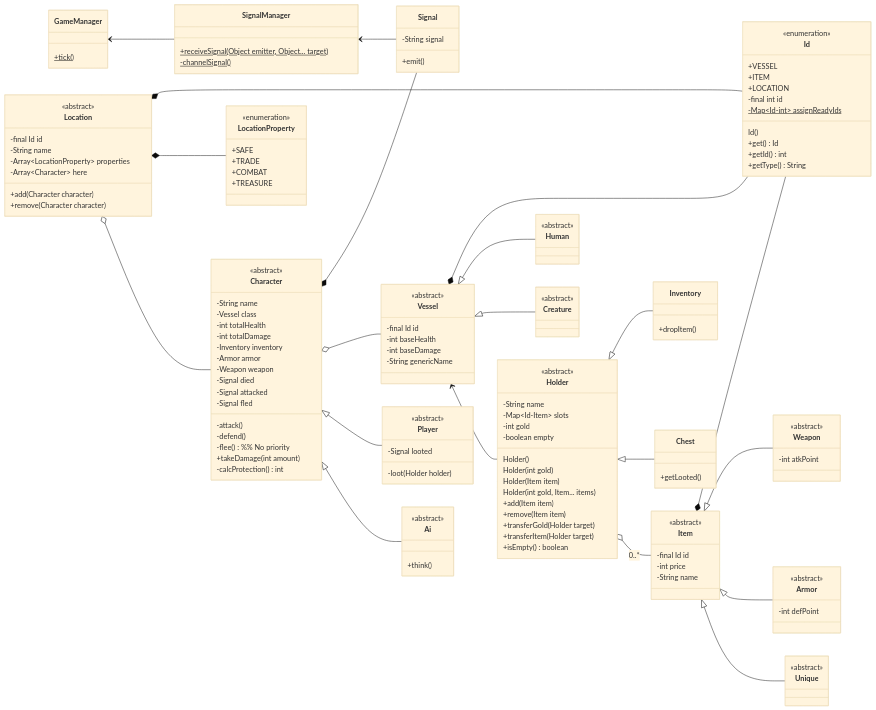
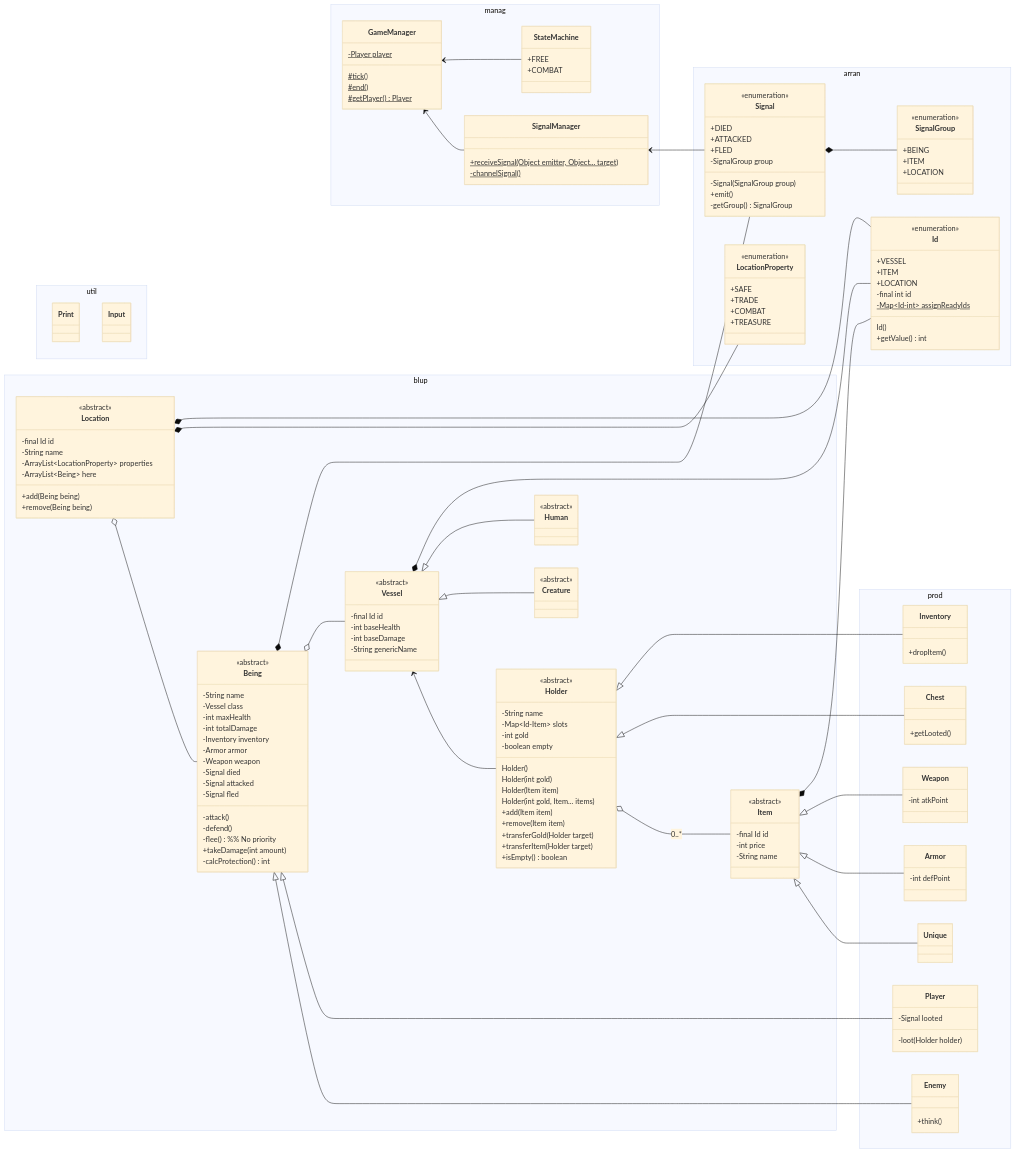
One commit to gokdenizozkan/patika-plus changed the first of 11 diagrams in src/patikaplus/week4/nighter/readme.md. Above: the diagram before and after it, drawn with Mermaid (base theme). The commit also changed other lines of this file and 1 other file, not shown here.

Commit message:
updated readme.md, added Id.java

````diff
--- a/src/patikaplus/week4/nighter/readme.md
+++ b/src/patikaplus/week4/nighter/readme.md
@@ -5,18 +5,22 @@
 ```mermaid
 classDiagram
     direction LR
+    GameManager <-- StateMachine
     GameManager <-- SignalManager
     SignalManager <-- Signal
     
-    %%Character <-- SignalManager
-    Character *-- Signal
-    Character o-- Vessel
+    Signal *-- SignalGroup
+    
+    %%Being <-- SignalManager
+    Being *-- Signal
+    Being o-- Vessel
+    Being <|-- Player
+    Being <|-- Enemy
 
     Vessel *-- Id
     Vessel <|-- Human
     Vessel <|-- Creature
     Vessel <-- Holder
-    
     
     %%Holder <-- SignalManager
     Holder <|-- Inventory
@@ -31,159 +35,190 @@
     %%Location <-- SignalManager
     Location *-- Id
     Location *-- LocationProperty
-    Location o--Character
+    Location o--Being
 
-    class SignalManager {
-        +receiveSignal(Object emitter, Object... target) $
-        -channelSignal() $
+    namespace util {
+        class Print {
+            
+        }
+        
+        class Input {
+            
+        }
+    }
+    
+    namespace manag {
+        class SignalManager {
+            +receiveSignal(Object emitter, Object... target) $
+            -channelSignal() $
+        }
+
+        class GameManager {
+            -Player player $
+            
+            #tick() $
+            #end() $
+            #getPlayer() Player $
+        }
+        
+        class StateMachine {
+            +FREE
+            +COMBAT
+        }
+    }
+    
+    namespace arran {
+        class Id {
+            <<enumeration>>
+            +VESSEL
+            +ITEM
+            +LOCATION
+
+            -final int id
+            -Map~Id-int~ assignReadyIds $
+
+            Id()
+            +getValue() int
+        }
+
+        class LocationProperty {
+            <<enumeration>>
+            +SAFE
+            +TRADE
+            +COMBAT
+            +TREASURE
+        }
+
+        class Signal {
+            <<enumeration>>
+            +DIED
+            +ATTACKED
+            +FLED
+
+            -SignalGroup group
+
+            -Signal(SignalGroup group)
+            +emit()
+            -getGroup() SignalGroup
+        }
+
+        class SignalGroup {
+            <<enumeration>>
+            +BEING
+            +ITEM
+            +LOCATION
+        }
     }
 
-    class Signal {
-        -String signal
-        +emit()
+    namespace blup {
+        class Being {
+            <<abstract>>
+            -String name
+            -Vessel class
+            -int maxHealth
+            -int totalDamage
+            -Inventory inventory
+            -Armor armor
+            -Weapon weapon
+
+            -Signal died
+            -Signal attacked
+            -Signal fled
+
+        %% Actions
+            -attack()
+            -defend()
+            -flee() %% No priority
+        %% Reactions
+            +takeDamage(int amount)
+            -calcProtection() int
+        }
+
+        class Vessel {
+            <<abstract>>
+            -final Id id
+            -int baseHealth
+            -int baseDamage
+            -String genericName
+        }
+
+        class Human {
+            <<abstract>>
+        }
+
+        class Creature {
+            <<abstract>>
+        }
+
+        class Holder {
+            <<abstract>>
+            -String name
+            -Map~Id-Item~ slots
+            -int gold
+            -boolean empty
+
+        %% Constructors
+            Holder()
+            Holder(int gold)
+            Holder(Item item)
+            Holder(int gold, Item... items)
+
+        %% Methods
+            +add(Item item)
+            +remove(Item item)
+            +transferGold(Holder target)
+            +transferItem(Holder target)
+            +isEmpty() boolean
+        }
+
+        class Item {
+            <<abstract>>
+            -final Id id
+            -int price
+            -String name
+        }
+
+        class Location {
+            <<abstract>>
+            -final Id id
+            -String name
+            -ArrayList~LocationProperty~ properties
+            -ArrayList~Being~  here
+
+            +add(Being being)
+            +remove(Being being)
+        }
     }
 
-    class GameManager {
-        +tick() $
-    }
+    namespace prod {
+        class Player {
+            -Signal looted
+            -loot(Holder holder)
+        }
 
-    class Id {
-        <<enumeration>>
-        +VESSEL
-        +ITEM
-        +LOCATION
+        class Enemy {
+            +think()
+        }
 
-        -final int id
-        -Map~Id-int~ assignReadyIds $
+        class Chest {
+            +getLooted()
+        }
 
-        Id()
-        +get() Id
-        +getId() int
-        +getType() String
-    }
+        class Inventory {
+        %% By chance
+            +dropItem()
+        }
 
-    class LocationProperty {
-        <<enumeration>>
-        +SAFE
-        +TRADE
-        +COMBAT
-        +TREASURE
-    }
+        class Weapon {
+            -int atkPoint
+        }
 
-    Character <|-- Player
-    Character <|-- Ai
+        class Armor {
+            -int defPoint
+        }
 
-    class Character {
-        <<abstract>>
-        -String name
-        -Vessel class
-        -int totalHealth
-        -int totalDamage
-        -Inventory inventory
-        -Armor armor
-        -Weapon weapon
+        class Unique {
 
-        -Signal died
-        -Signal attacked
-        -Signal fled
-
-    %% Actions
-        -attack()
-        -defend()
-        -flee() %% No priority
-    %% Reactions
-        +takeDamage(int amount)
-        -calcProtection() int
-    }
-
-    class Player {
-        <<abstract>>
-        -Signal looted
-        -loot(Holder holder)
-    }
-
-    class Ai {
-        <<abstract>>
-        +think()
-    }
-
-    
-
-    class Vessel {
-        <<abstract>>
-        -final Id id
-        -int baseHealth
-        -int baseDamage
-        -String genericName
-    }
-
-    class Human {
-        <<abstract>>
-    }
-
-    class Creature {
-        <<abstract>>
-    }
-
-    class Holder {
-        <<abstract>>
-        -String name
-        -Map~Id-Item~ slots
-        -int gold
-        -boolean empty
-
-    %% Constructors
-        Holder()
-        Holder(int gold)
-        Holder(Item item)
-        Holder(int gold, Item... items)
-
-    %% Methods
-        +add(Item item)
-        +remove(Item item)
-        +transferGold(Holder target)
-        +transferItem(Holder target)
-        +isEmpty() boolean
-    }
-
-    class Chest {
-        +getLooted()
-    }
-
-    class Inventory {
-    %% By chance
-        +dropItem()
-    }
-
-    class Item {
-        <<abstract>>
-        -final Id id
-        -int price
-        -String name
-    }
-
-    class Weapon {
-        <<abstract>>
-        -int atkPoint
-    }
-
-    class Armor {
-        <<abstract>>
-        -int defPoint
-    }
-
-    class Unique {
-        <<abstract>>
-    }
-
-    class Location {
-        <<abstract>>
-        -final Id id
-        -String name
-        -Array~LocationProperty~ properties
-        -Array~Character~  here
-
-        +add(Character character)
-        +remove(Character character)
+        }
     }
 ```
````
